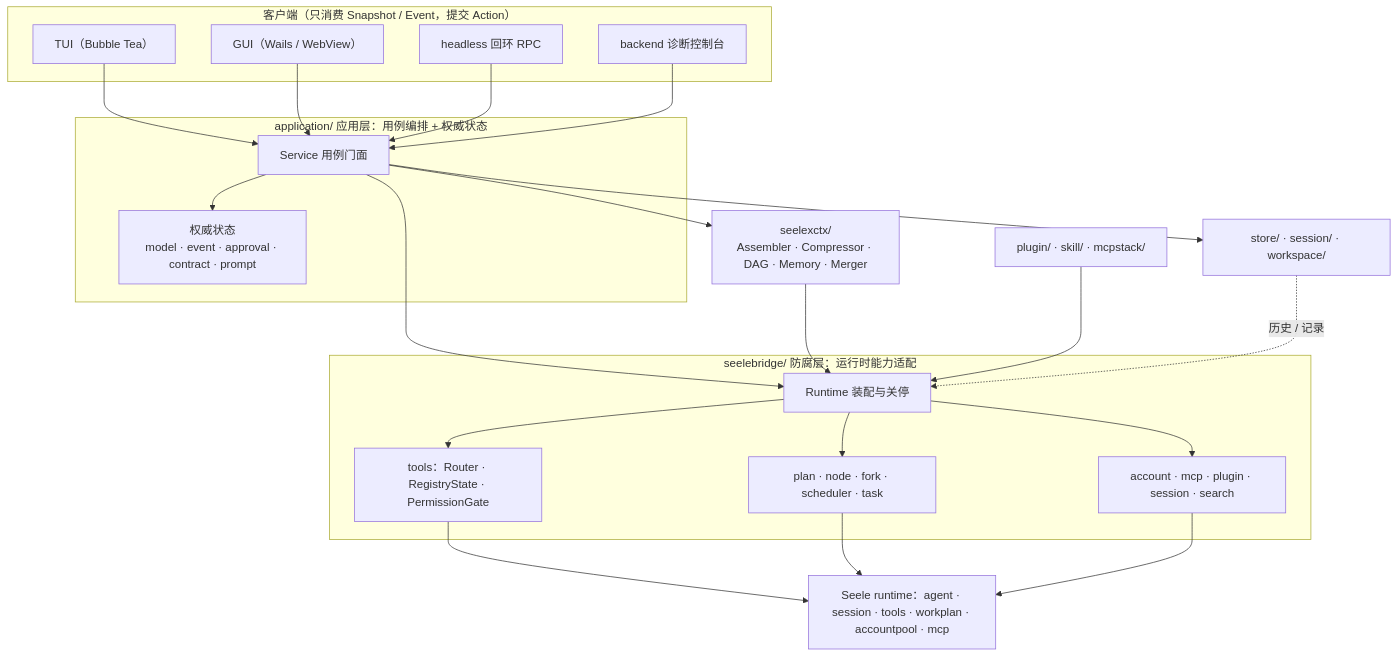
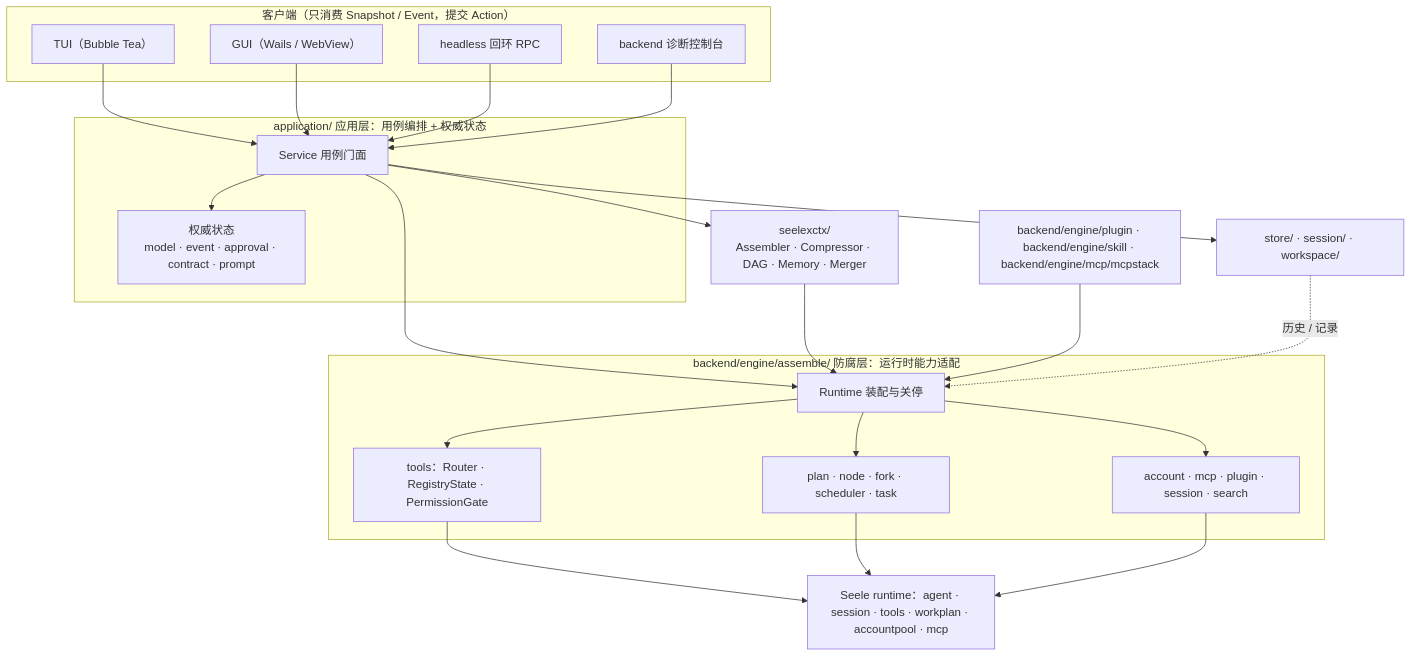
Before and after one commit to RedHuang-0622/seelex: the first of 4 diagrams in README.md, drawn with Mermaid. The commit also changed other lines of this file and 28 other files, not shown here.

````diff
--- a/README.md
+++ b/README.md
@@ -91,44 +91,44 @@
 ```mermaid
 flowchart TB
     subgraph L1["客户端（只消费 Snapshot / Event，提交 Action）"]
         TUI["TUI（Bubble Tea）"]
         GUI["GUI（Wails / WebView）"]
         HL["headless 回环 RPC"]
         BE["backend 诊断控制台"]
     end
 
     subgraph L2["application/ 应用层：用例编排 + 权威状态"]
         SVC["Service 用例门面"]
         STATE["权威状态<br/>model · event · approval · contract · prompt"]
     end
 
-    subgraph L3["seelebridge/ 防腐层：运行时能力适配"]
+    subgraph L3["backend/engine/assemble/ 防腐层：运行时能力适配"]
         RT["Runtime 装配与关停"]
         TOOLS["tools：Router · RegistryState · PermissionGate"]
         ORCH["plan · node · fork · scheduler · task"]
         CAP["account · mcp · plugin · session · search"]
     end
 
     CTX["seelexctx/<br/>Assembler · Compressor · DAG · Memory · Merger"]
     PERSIST["store/ · session/ · workspace/"]
-    EXT["plugin/ · skill/ · mcpstack/"]
+    EXT["backend/engine/plugin · backend/engine/skill · backend/engine/mcp/mcpstack"]
     SEELE["Seele runtime：agent · session · tools · workplan · accountpool · mcp"]
 
     TUI --> SVC
     GUI --> SVC
     HL --> SVC
     BE --> SVC
     SVC --> STATE
     SVC --> RT
     SVC --> CTX
     SVC --> PERSIST
     RT --> TOOLS
     RT --> ORCH
     RT --> CAP
     CTX --> RT
     EXT --> RT
     TOOLS --> SEELE
     ORCH --> SEELE
     CAP --> SEELE
     PERSIST -.->|历史 / 记录| RT
 ```
````
